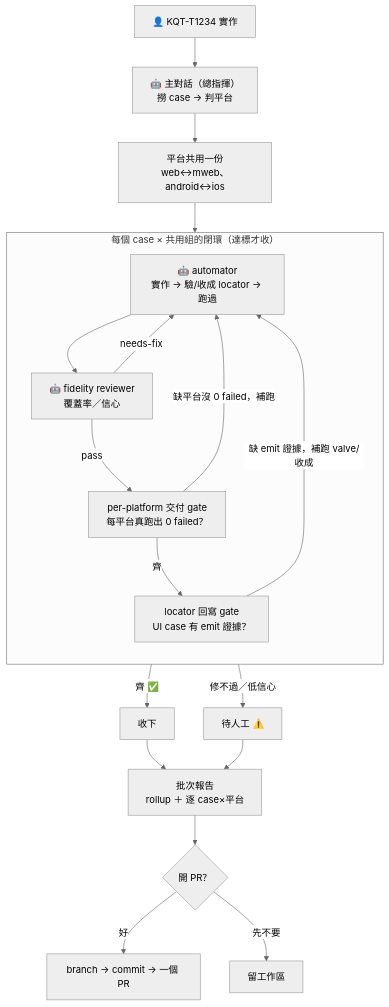
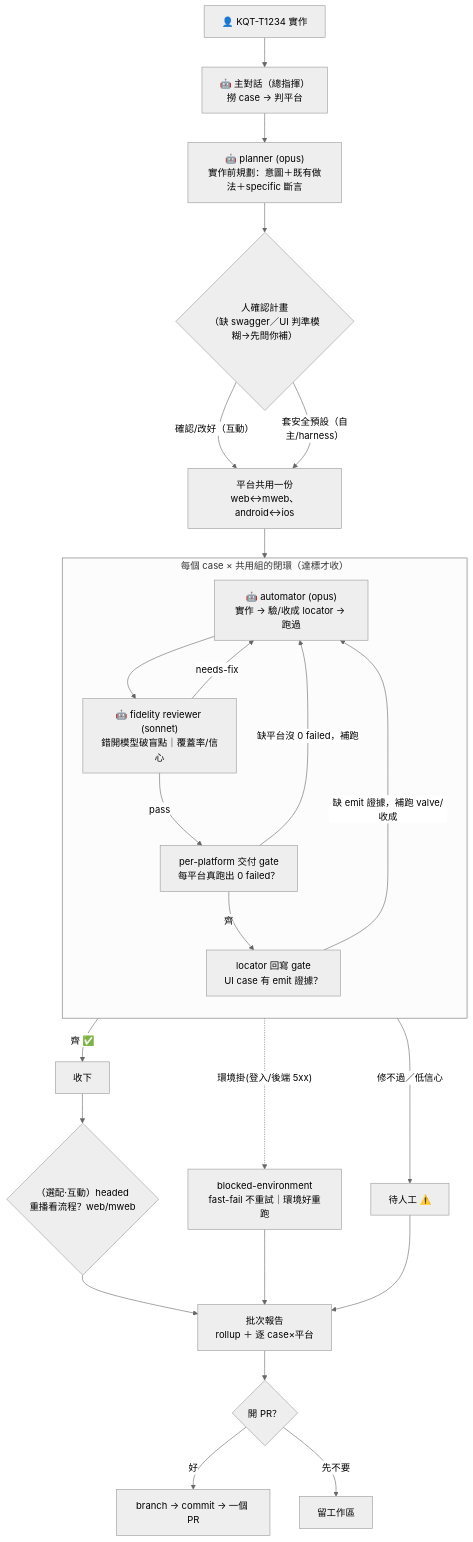
Before and after one commit to kkday-it/kkday-qa-skills: the diagram in docs/how-to-automate-tcms-cases.md, drawn with Mermaid (neutral theme). The commit also changed other lines of this file, not shown here.

Commit message:
docs(qa-flow): 流程圖補 planner→人確認、blocked-environment、model 標註、headed 重播
原流程圖從 automator 起跳，漏掉整套流程的招牌步驟「planner→人確認計畫」，
也沒反映近期改動。補上：
- planner (opus) → 人確認計畫（含缺 swagger／UI 判準模糊 攔截）
- automator/reviewer 節點標 model（opus / sonnet 錯開）
- 環境掛 → blocked-environment fast-fail 分支（不重試）
- web/mweb headed 重播（選配·互動，虛線）
同步「遇缺資訊/待確認」說明，改為「主要待確認點已入圖、細項不逐一畫」以免與圖矛盾。

````diff
--- a/docs/how-to-automate-tcms-cases.md
+++ b/docs/how-to-automate-tcms-cases.md
@@ -44,28 +44,34 @@
 ```mermaid
 flowchart TD
     A["👤 KQT-T1234 實作"] --> B["🤖 主對話（總指揮）<br/>撈 case → 判平台"]
-    B --> P["平台共用一份<br/>web↔mweb、android↔ios"]
-    P --> E
+    B --> PL["🤖 planner (opus)<br/>實作前規劃：意圖＋既有做法＋specific 斷言"]
+    PL --> CFM{"人確認計畫<br/>（缺 swagger／UI 判準模糊→先問你補）"}
+    CFM -->|"確認/改好（互動）"| P
+    CFM -->|"套安全預設（自主/harness）"| P
+    P["平台共用一份<br/>web↔mweb、android↔ios"] --> E
 
     subgraph LOOP["每個 case × 共用組的閉環（達標才收）"]
         direction TB
-        E["🤖 automator<br/>實作 → 驗/收成 locator → 跑過"]
-        F["🤖 fidelity reviewer<br/>覆蓋率／信心"]
+        E["🤖 automator (opus)<br/>實作 → 驗/收成 locator → 跑過"]
+        F["🤖 fidelity reviewer (sonnet)<br/>錯開模型破盲點｜覆蓋率/信心"]
         GATE["per-platform 交付 gate<br/>每平台真跑出 0 failed？"]
         LOC["locator 回寫 gate<br/>UI case 有 emit 證據？"]
         E --> F
         F -->|"needs-fix"| E
         F -->|"pass"| GATE
         GATE -->|"缺平台沒 0 failed，補跑"| E
         GATE -->|"齊"| LOC
         LOC -->|"缺 emit 證據，補跑 valve/收成"| E
     end
 
+    E -.->|"環境掛(登入/後端 5xx)"| BE["blocked-environment<br/>fast-fail 不重試｜環境好重跑"]
     LOC -->|"齊 ✅"| G["收下"]
     F -->|"修不過／低信心"| H["待人工 ⚠️"]
-    G --> R["批次報告<br/>rollup ＋ 逐 case×平台"]
+    G --> RP{"（選配·互動）headed<br/>重播看流程？web/mweb"}
+    RP --> R
+    BE --> R
     H --> R
-    R --> S{"開 PR？"}
+    R["批次報告<br/>rollup ＋ 逐 case×平台"] --> S{"開 PR？"}
     S -->|"好"| T["branch → commit → 一個 PR"]
     S -->|"先不要"| L["留工作區"]
 ```
````
